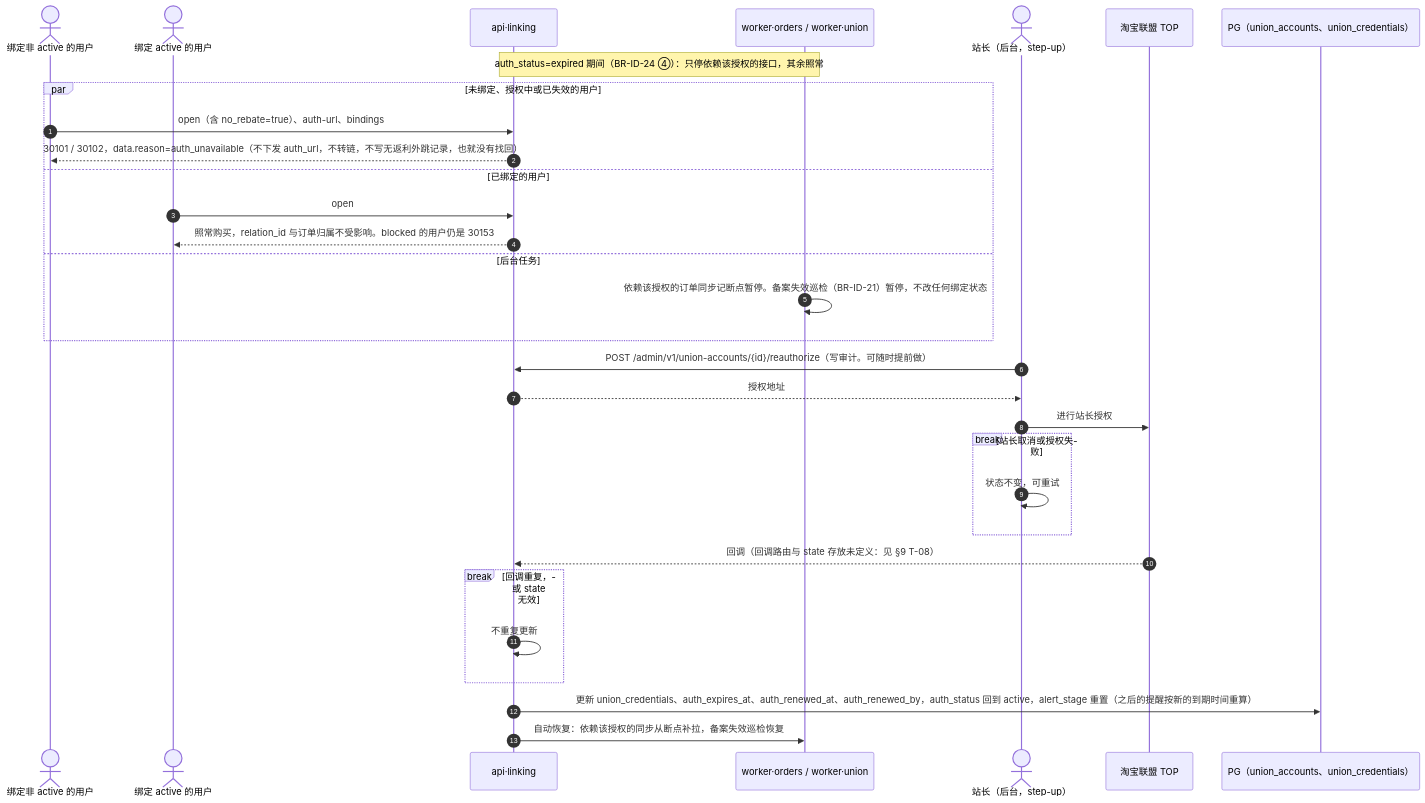
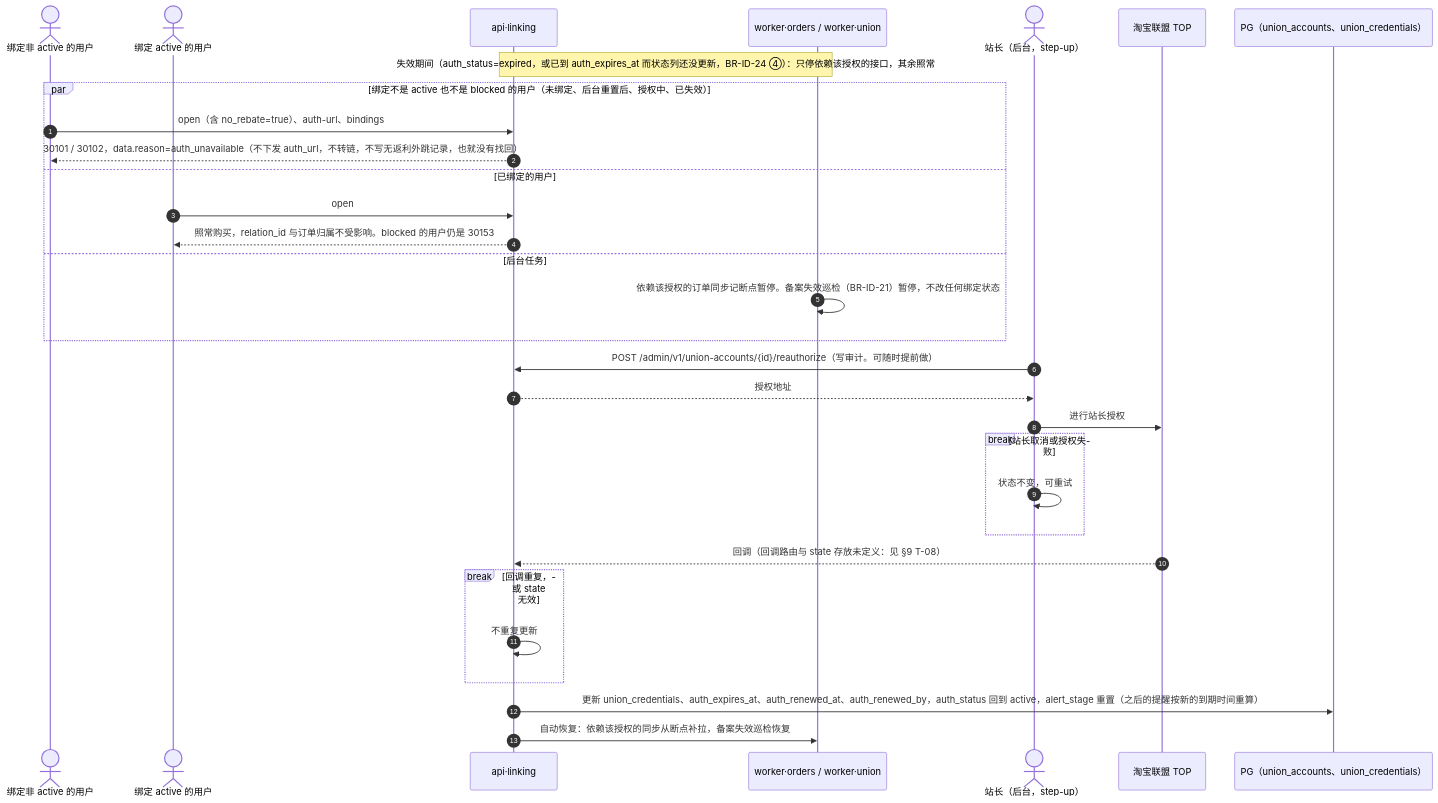
Diagram 39 of 41 in 规划/12_关键流程与状态图.md (zora4523-bot/couli), drawn with Mermaid before and after one commit. The commit also changed other lines of this file, not shown here.

Commit message:
docs(12): section 7.3, the expired period uses the same runtime guard as sections 2.1 and 7.2
The note and the first lane now say that the period starts when the status
is expired or the expiry time has been reached, and that the affected
users are those whose binding is neither active nor blocked (including a
binding released by an admin reset).

````diff
--- a/规划/12_关键流程与状态图.md
+++ b/规划/12_关键流程与状态图.md
@@ -2535,34 +2535,34 @@
 ```mermaid
 sequenceDiagram
   autonumber
   actor U1 as 绑定非 active 的用户
   actor U2 as 绑定 active 的用户
   participant A as api·linking
   participant W as worker·orders / worker·union
   actor ST as 站长（后台，step-up）
   participant TB as 淘宝联盟 TOP
   participant DB as PG（union_accounts、union_credentials）
 
-  Note over A,W: auth_status=expired 期间（BR-ID-24 ④）：只停依赖该授权的接口，其余照常
-  par 未绑定、授权中或已失效的用户
+  Note over A,W: 失效期间（auth_status=expired，或已到 auth_expires_at 而状态列还没更新，BR-ID-24 ④）：只停依赖该授权的接口，其余照常
+  par 绑定不是 active 也不是 blocked 的用户（未绑定、后台重置后、授权中、已失效）
     U1->>A: open（含 no_rebate=true）、auth-url、bindings
     A-->>U1: 30101 / 30102，data.reason=auth_unavailable（不下发 auth_url，不转链，不写无返利外跳记录，也就没有找回）
   and 已绑定的用户
     U2->>A: open
     A-->>U2: 照常购买，relation_id 与订单归属不受影响。blocked 的用户仍是 30153
   and 后台任务
     W->>W: 依赖该授权的订单同步记断点暂停。备案失效巡检（BR-ID-21）暂停，不改任何绑定状态
   end
   ST->>A: POST /admin/v1/union-accounts/{id}/reauthorize（写审计。可随时提前做）
   A-->>ST: 授权地址
   ST->>TB: 进行站长授权
   break 站长取消或授权失败
     ST->>ST: 状态不变，可重试
   end
   TB-->>A: 回调（回调路由与 state 存放未定义：见 §9 T-08）
   break 回调重复，或 state 无效
     A->>A: 不重复更新
   end
   A->>DB: 更新 union_credentials、auth_expires_at、auth_renewed_at、auth_renewed_by，auth_status 回到 active，alert_stage 重置（之后的提醒按新的到期时间重算）
   A->>W: 自动恢复：依赖该授权的同步从断点补拉，备案失效巡检恢复
 ```
````
